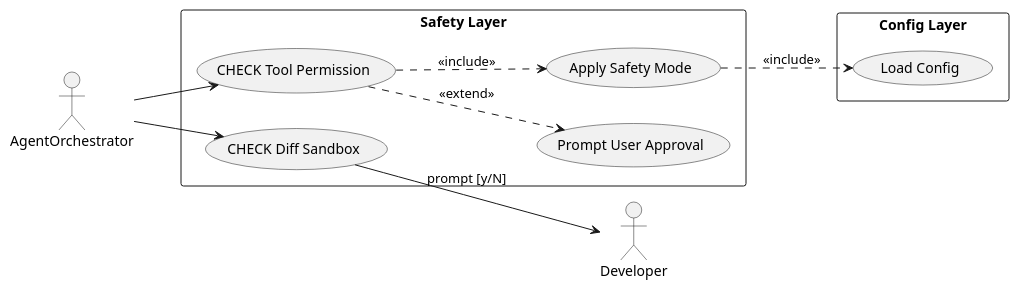
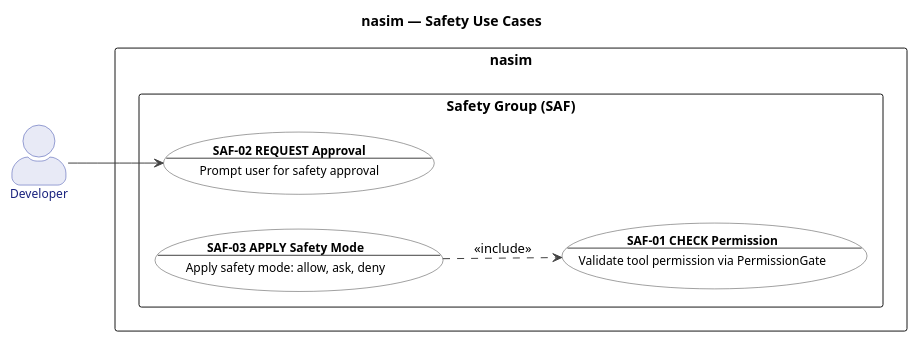
One commit to salimnamvar/nasim changed the diagram in docs/UC/uc_safety.puml. Above: the diagram before and after it, drawn with PlantUML. The commit also changed 24 other files, not shown here.

First line of the commit message:
docs: Add use case diagrams for Git, MCP, Memory, Overview, and Sandbox groups

```diff
--- a/docs/UC/uc_safety.puml
+++ b/docs/UC/uc_safety.puml
@@ -1,36 +1,66 @@
 @startuml uc_safety
+
 ' ============================================================
-' Title:     nasim — UC: Safety and Permissions
-' Boundary:  nasim code agent CLI
-' Purpose:   Tool permission checks and user approval prompts
+' Title:     nasim — UC: Safety Group
+' Group:     SAF (Safety)
+' Boundary:  nasim code agent
+' Purpose:   Permission gates, user approval, safety modes
 ' Milestone: v1.0
-' Version:   2.0.0
-' Source:    docs/audit/audit_2026-06-20_capability-and-architecture.md
-' Review:    —
+' Version:   6.0.0
+' Source:    docs/ENTITIES.md
+' Review:    docs/audit/audit.2026.06.20.uc-layer.car.md
 ' ============================================================
 
 left to right direction
+
+title nasim — Safety Use Cases
+
+skinparam actorStyle awesome
 skinparam packageStyle rectangle
 
-actor "Developer" as user
-actor "AgentOrchestrator" as agent
-
-rectangle "Safety Layer" {
-    usecase "CHECK Tool Permission" as UC_SAF_01
-    usecase "Prompt User Approval" as UC_SAF_02
-    usecase "Apply Safety Mode" as UC_SAF_03
-    usecase "CHECK Diff Sandbox" as UC_SAF_04
+skinparam usecase {
+  BackgroundColor #FFFFFF
+  BorderColor #424242
+  FontColor #000000
+  ArrowColor #424242
+  FontSize 12
 }
 
-rectangle "Config Layer" {
-    usecase "Load Config" as UC_CFG_01
+skinparam actor {
+  BackgroundColor #E8EAF6
+  BorderColor #3949AB
+  FontColor #1A237E
+  FontSize 12
 }
 
-agent --> UC_SAF_01
-agent --> UC_SAF_04
-UC_SAF_01 ..> UC_SAF_03 : <<include>>
-UC_SAF_01 ..> UC_SAF_02 : <<extend>>
-UC_SAF_03 ..> UC_CFG_01 : <<include>>
-UC_SAF_04 --> user : prompt [y/N]
+' ============================================================
+' Actors
+' ============================================================
+
+actor "Developer" as Developer
+
+' ============================================================
+' System Boundary
+' ============================================================
+
+rectangle "nasim" {
+  package "Safety Group (SAF)" {
+    usecase "**SAF-01 CHECK Permission**\n--\nValidate tool permission via PermissionGate" as SAF01
+    usecase "**SAF-02 REQUEST Approval**\n--\nPrompt user for safety approval" as SAF02
+    usecase "**SAF-03 APPLY Safety Mode**\n--\nApply safety mode: allow, ask, deny" as SAF03
+  }
+}
+
+' ============================================================
+' Actor -> Use Case Associations
+' ============================================================
+
+Developer --> SAF02
+
+' ============================================================
+' Relationships
+' ============================================================
+
+SAF03 ..> SAF01 : <<include>>
 
 @enduml
```
